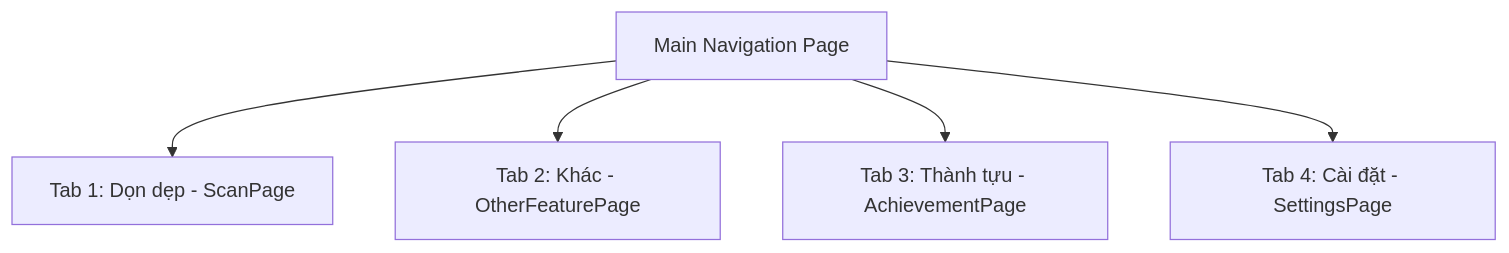
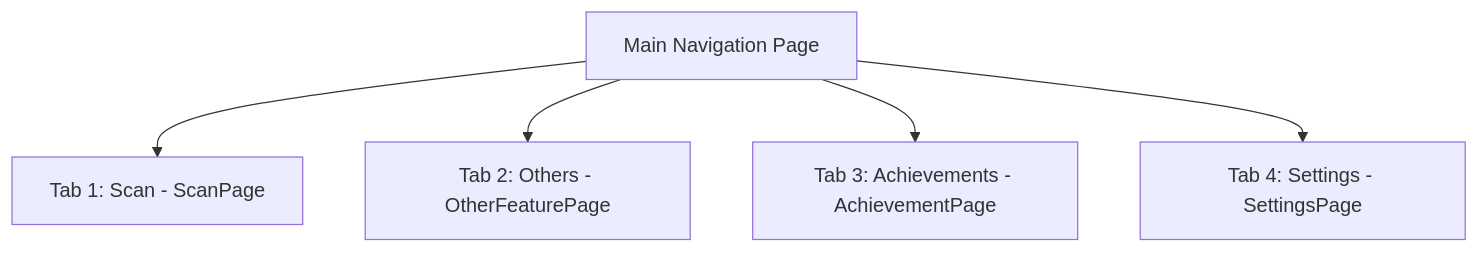
Before and after one commit to CodeAndThink/twinfix: the diagram in SCREEN_GUIDE.md, drawn with Mermaid. The commit also changed other lines of this file and 2 other files, not shown here.

````diff
--- a/SCREEN_GUIDE.md
+++ b/SCREEN_GUIDE.md
@@ -34,7 +34,7 @@
 ```mermaid
 graph TD
-    MainPage[Main Navigation Page] --> TabScan[Tab 1: Dọn dẹp - ScanPage]
-    MainPage --> TabOther[Tab 2: Khác - OtherFeaturePage]
-    MainPage --> TabDashboard[Tab 3: Thành tựu - AchievementPage]
-    MainPage --> TabSettings[Tab 4: Cài đặt - SettingsPage]
+    MainPage[Main Navigation Page] --> TabScan[Tab 1: Scan - ScanPage]
+    MainPage --> TabOther[Tab 2: Others - OtherFeaturePage]
+    MainPage --> TabDashboard[Tab 3: Achievements - AchievementPage]
+    MainPage --> TabSettings[Tab 4: Settings - SettingsPage]
 ```
````
